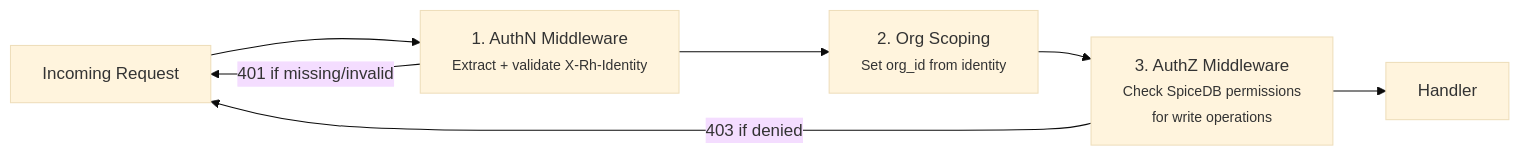
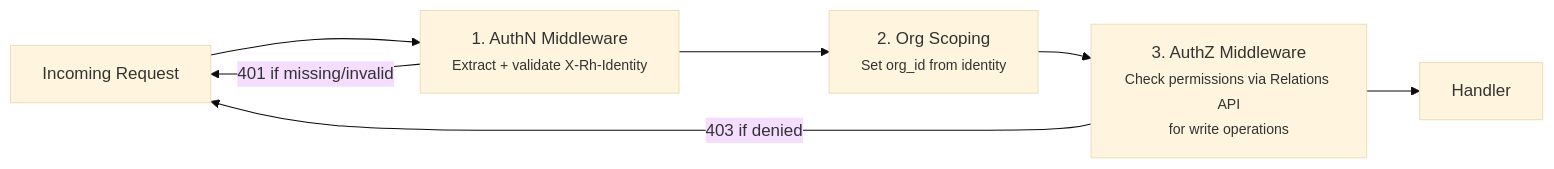
Before and after one commit to project-koku/koku: the eighth of 11 diagrams in docs/architecture/kessel-integration/rebac-bridge-design.md, drawn with Mermaid (base theme). The commit also changed other lines of this file and 1 other file, not shown here.

````diff
--- a/docs/architecture/kessel-integration/rebac-bridge-design.md
+++ b/docs/architecture/kessel-integration/rebac-bridge-design.md
@@ -800,15 +840,15 @@
 ```mermaid
 flowchart LR
     Request["Incoming Request"]
     AuthN["1. AuthN Middleware<br/><small>Extract + validate X-Rh-Identity</small>"]
     OrgScope["2. Org Scoping<br/><small>Set org_id from identity</small>"]
-    AuthZ["3. AuthZ Middleware<br/><small>Check SpiceDB permissions<br/>for write operations</small>"]
+    AuthZ["3. AuthZ Middleware<br/><small>Check permissions via Relations API<br/>for write operations</small>"]
     Handler["Handler"]
 
     Request --> AuthN
     AuthN -->|"401 if missing/invalid"| Request
     AuthN --> OrgScope
     OrgScope --> AuthZ
     AuthZ -->|"403 if denied"| Request
     AuthZ --> Handler
 ```
````
